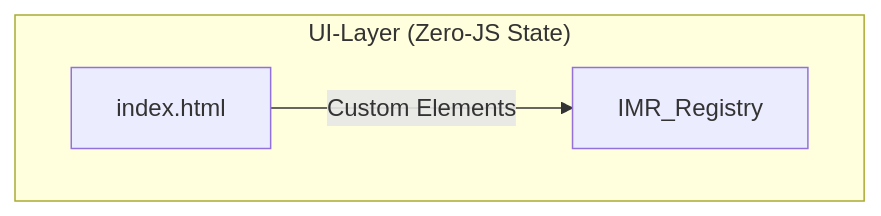
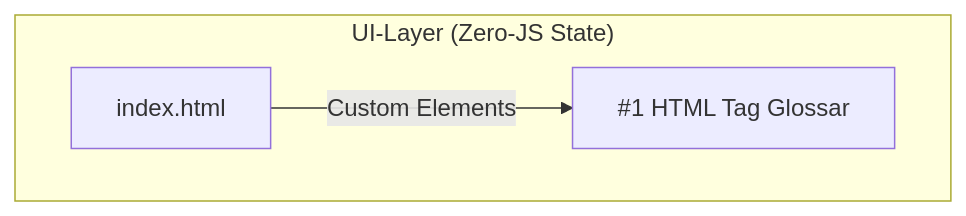
The diagram in issues/GithubIssueSynthax.md (grapefruit89/DIN-BriefNEO), drawn with Mermaid before and after one commit. The commit also changed 8 other files, not shown here.

````diff
--- a/issues/GithubIssueSynthax.md
+++ b/issues/GithubIssueSynthax.md
@@ -90,6 +90,6 @@
 ```mermaid
 graph TD
     subgraph UI_Layer ["UI-Layer (Zero-JS State)"]
-        A[index.html] -- "Custom Elements" --> B[IMR_Registry]
+        A[index.html] -- "Custom Elements" --> B[#1 HTML Tag Glossar]
     end
 ```
````
